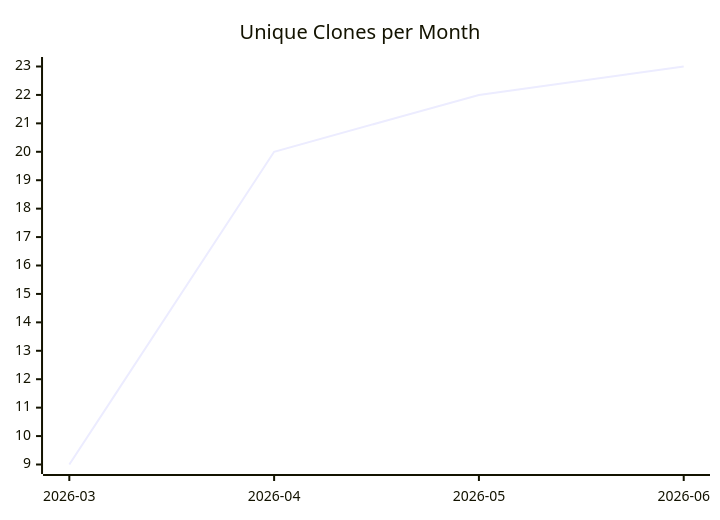
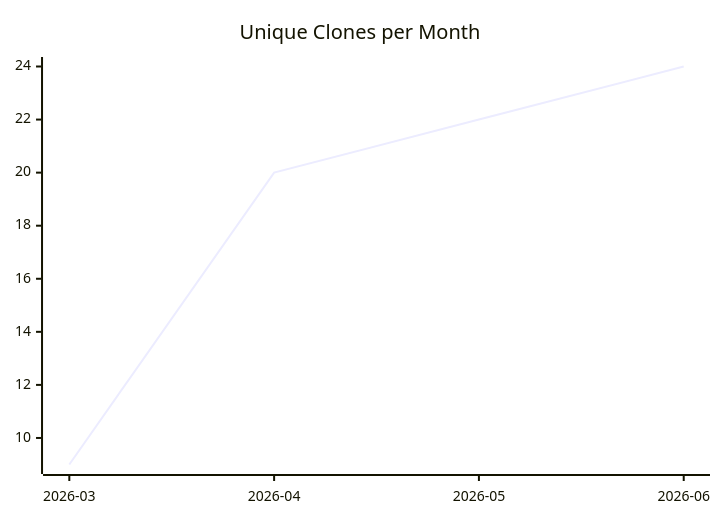
The third of 3 diagrams in karlmdavis/kxml2/README.md (justdavis-family/github-analytics-data), drawn with Mermaid before and after one commit. The commit also changed other lines of this file and 200 other files, not shown here.

````diff
--- a/karlmdavis/kxml2/README.md
+++ b/karlmdavis/kxml2/README.md
@@ -19,6 +19,6 @@
 ```mermaid
 xychart-beta
   title "Unique Clones per Month"
   x-axis ["2026-03", "2026-04", "2026-05", "2026-06"]
-  line [9, 20, 22, 23]
+  line [9, 20, 22, 24]
 ```
````
